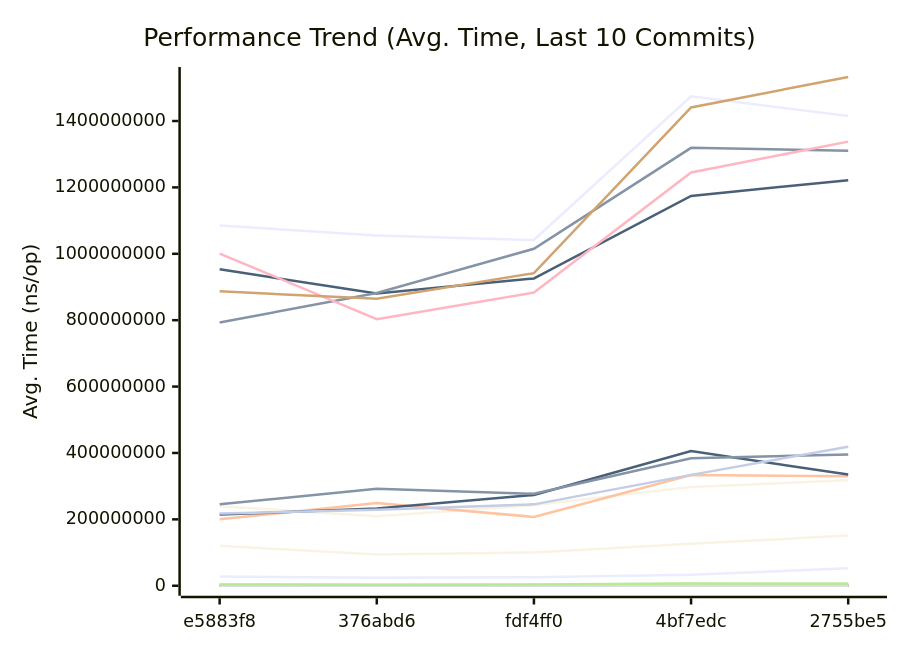
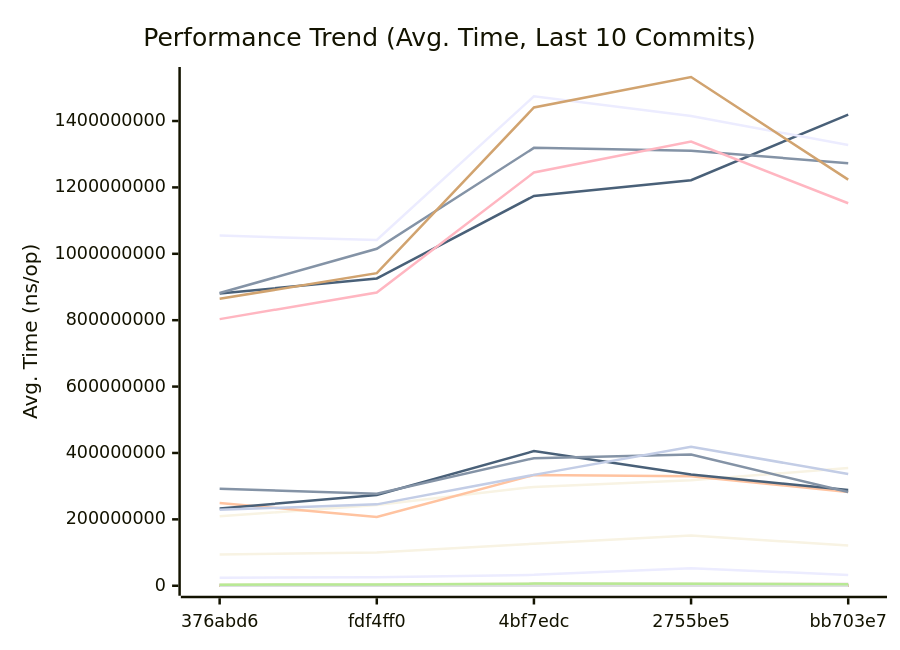
The first of 3 diagrams in docs/PERFORMANCE.md (alsotoes/momo), drawn with Mermaid before and after one commit. The commit also changed other lines of this file and 3 other files, not shown here.

````diff
--- a/docs/PERFORMANCE.md
+++ b/docs/PERFORMANCE.md
@@ -260,44 +260,44 @@
 ```mermaid
 xychart-beta
     title "Performance Trend (Avg. Time, Last 10 Commits)"
     x-axis "Commit"
     y-axis "Avg. Time (ns/op)"
-    x-axis [e5883f8,376abd6,fdf4ff0,4bf7edc,2755be5]
-    line "AWSChunkedReaderSigned" [413086,397685,535625,618041,521824,584439,539275,522839,619200,756300]
-    line "AWSChunkedReaderUnsigned" [414070,405982,479460,573661,451522,611665,550355,604498,664009,703433]
-    line "CheckMetricsAndSwap" [8,7,10,10,17,10,11,10,10,12]
-    line "CrushOptimized" [300,328,320,458,539,432,471,405,485,513]
-    line "CrushOriginal" [425,443,407,633,730,712,650,699,646,673]
-    line "FormatListObjectsV2XML_AppendFormat" [583023,566690,627648,848928,1046717,799795,1039816,911991,1056478,1286421]
-    line "FormatListObjectsV2XML_OldFormat" [365879,366636,408457,535755,745142,464905,458449,554255,545961,720703]
-    line "HashBytes/1MiB" [3949669,3443981,3592333,5110585,4751175,5064237,4383380,5547571,5240058,5525510]
-    line "HashBytes/256MiB" [953557308,880098861,925707610,1174333367,1221858506,1419279092,1145420213,1150583944,1206314796,1415065243]
-    line "HashBytes/64MiB" [239330627,209418782,242948441,297766074,317593619,355000134,315394868,341933076,357748084,272405322]
-    line "HashFile/1MiB" [3364281,3842035,3350950,4950193,5129547,5747827,5999828,5183292,5520031,4909353]
-    line "HashFile/256MiB" [793044431,881918242,1015211606,1319192441,1310601572,1273023822,1457159370,1166573869,1388569817,1761951053]
-    line "HashFile/64MiB" [200009250,249484580,207167851,333549904,329592825,282613785,330397537,289173153,345945889,348425613]
-    line "IndexDirectTracking" [0,0,0,1,1,0,0,1,1,1]
-    line "IndexSearch" [2,2,2,2,5,4,3,3,4,4]
-    line "LastModifiedHeader_AppendFormat" [200,185,228,286,252,340,415,345,364,441]
-    line "LastModifiedHeader_Format" [279,262,285,385,350,398,514,394,431,520]
-    line "LoadGlobalConfig" [9205,9952,8921,13356,14511,16366,13776,15095,13488,14097]
-    line "LocalWrite/1MiB" [719361,445767,431598,526423,795470,552166,778898,525512,577002,644852]
-    line "LocalWrite/256MiB" [120298309,94142106,100079806,126435842,151118283,121284509,138380852,128601282,128702495,161190175]
-    line "LocalWrite/64MiB" [27951923,24072639,25874779,32839259,53059327,32531111,36029215,35542782,33119476,44891953]
-    line "PadString" [41,57,53,71,49,70,69,64,70,76]
+    x-axis [376abd6,fdf4ff0,4bf7edc,2755be5,bb703e7]
+    line "AWSChunkedReaderSigned" [397685,535625,618041,521824,584439,539275,522839,619200,756300,663569]
+    line "AWSChunkedReaderUnsigned" [405982,479460,573661,451522,611665,550355,604498,664009,703433,611889]
+    line "CheckMetricsAndSwap" [7,10,10,17,10,11,10,10,12,13]
+    line "CrushOptimized" [328,320,458,539,432,471,405,485,513,528]
+    line "CrushOriginal" [443,407,633,730,712,650,699,646,673,697]
+    line "FormatListObjectsV2XML_AppendFormat" [566690,627648,848928,1046717,799795,1039816,911991,1056478,1286421,1165434]
+    line "FormatListObjectsV2XML_OldFormat" [366636,408457,535755,745142,464905,458449,554255,545961,720703,674915]
+    line "HashBytes/1MiB" [3443981,3592333,5110585,4751175,5064237,4383380,5547571,5240058,5525510,5093044]
+    line "HashBytes/256MiB" [880098861,925707610,1174333367,1221858506,1419279092,1145420213,1150583944,1206314796,1415065243,1121544781]
+    line "HashBytes/64MiB" [209418782,242948441,297766074,317593619,355000134,315394868,341933076,357748084,272405322,277104353]
+    line "HashFile/1MiB" [3842035,3350950,4950193,5129547,5747827,5999828,5183292,5520031,4909353,4510294]
+    line "HashFile/256MiB" [881918242,1015211606,1319192441,1310601572,1273023822,1457159370,1166573869,1388569817,1761951053,1416186973]
+    line "HashFile/64MiB" [249484580,207167851,333549904,329592825,282613785,330397537,289173153,345945889,348425613,343417056]
+    line "IndexDirectTracking" [0,0,1,1,0,0,1,1,1,1]
+    line "IndexSearch" [2,2,2,5,4,3,3,4,4,4]
+    line "LastModifiedHeader_AppendFormat" [185,228,286,252,340,415,345,364,441,320]
+    line "LastModifiedHeader_Format" [262,285,385,350,398,514,394,431,520,582]
+    line "LoadGlobalConfig" [9952,8921,13356,14511,16366,13776,15095,13488,14097,14525]
+    line "LocalWrite/1MiB" [445767,431598,526423,795470,552166,778898,525512,577002,644852,573249]
+    line "LocalWrite/256MiB" [94142106,100079806,126435842,151118283,121284509,138380852,128601282,128702495,161190175,125958619]
+    line "LocalWrite/64MiB" [24072639,25874779,32839259,53059327,32531111,36029215,35542782,33119476,44891953,35402077]
+    line "PadString" [57,53,71,49,70,69,64,70,76,63]
     line "ParseReplicationOrder_NoPrealloc" [350,349,357,354,345,225,229,165,232,234]
     line "ParseReplicationOrder_Prealloc" [229,231,237,234,229,108,107,80,110,109]
-    line "Placement" [4876,5168,4621,6718,8505,7344,6922,7453,7406,7040]
-    line "PlacementDomainSpread" [5139,5453,5023,6553,8563,7236,7465,7811,7868,7303]
-    line "ReadVerify/1MiB" [3136229,3798416,3596845,4460850,5088522,3970325,4753309,4723356,4600918,6614208]
-    line "ReadVerify/256MiB" [1000738329,803259188,883417974,1244837167,1337973310,1152182050,1249327431,1431247520,1374887457,1179131329]
-    line "ReadVerify/64MiB" [214326196,232435503,273582930,405518693,335223998,288365836,309264832,334268234,343492740,297878657]
-    line "S3PutSpool/1MiB" [3791252,4349655,4494504,5795780,6486611,5066289,6659391,6179992,6697030,5335678]
-    line "S3PutSpool/256MiB" [1085496919,1054828608,1041459785,1474423367,1414994967,1327631659,1627622695,1567298391,1766547568,1781197744]
-    line "S3PutSpool/64MiB" [245496530,292024160,277039985,384356699,395378107,282251478,366146558,388891982,382189999,404192768]
-    line "SanitizeLog/Safe" [227,233,295,361,256,386,270,283,316,423]
-    line "SanitizeLog/Unsafe" [681,684,922,1091,801,1163,1016,1039,1170,1356]
-    line "TrustedRead/1MiB" [3527534,3390683,4063744,6459603,5688219,4848751,4607932,6032847,6124228,5111302]
-    line "TrustedRead/256MiB" [887056660,864337055,941546678,1440831398,1532603475,1223453299,1410403058,1131933188,1326976357,1259207320]
-    line "TrustedRead/64MiB" [217741152,228835469,245169178,333995810,418960245,336501521,296487000,387555406,411444369,337664579]
+    line "Placement" [5168,4621,6718,8505,7344,6922,7453,7406,7040,7327]
+    line "PlacementDomainSpread" [5453,5023,6553,8563,7236,7465,7811,7868,7303,7101]
+    line "ReadVerify/1MiB" [3798416,3596845,4460850,5088522,3970325,4753309,4723356,4600918,6614208,4999715]
+    line "ReadVerify/256MiB" [803259188,883417974,1244837167,1337973310,1152182050,1249327431,1431247520,1374887457,1179131329,1513480600]
+    line "ReadVerify/64MiB" [232435503,273582930,405518693,335223998,288365836,309264832,334268234,343492740,297878657,337113294]
+    line "S3PutSpool/1MiB" [4349655,4494504,5795780,6486611,5066289,6659391,6179992,6697030,5335678,5117449]
+    line "S3PutSpool/256MiB" [1054828608,1041459785,1474423367,1414994967,1327631659,1627622695,1567298391,1766547568,1781197744,1337418784]
+    line "S3PutSpool/64MiB" [292024160,277039985,384356699,395378107,282251478,366146558,388891982,382189999,404192768,401720115]
+    line "SanitizeLog/Safe" [233,295,361,256,386,270,283,316,423,332]
+    line "SanitizeLog/Unsafe" [684,922,1091,801,1163,1016,1039,1170,1356,1050]
+    line "TrustedRead/1MiB" [3390683,4063744,6459603,5688219,4848751,4607932,6032847,6124228,5111302,5878450]
+    line "TrustedRead/256MiB" [864337055,941546678,1440831398,1532603475,1223453299,1410403058,1131933188,1326976357,1259207320,1168045663]
+    line "TrustedRead/64MiB" [228835469,245169178,333995810,418960245,336501521,296487000,387555406,411444369,337664579,350083685]
 ```
````
